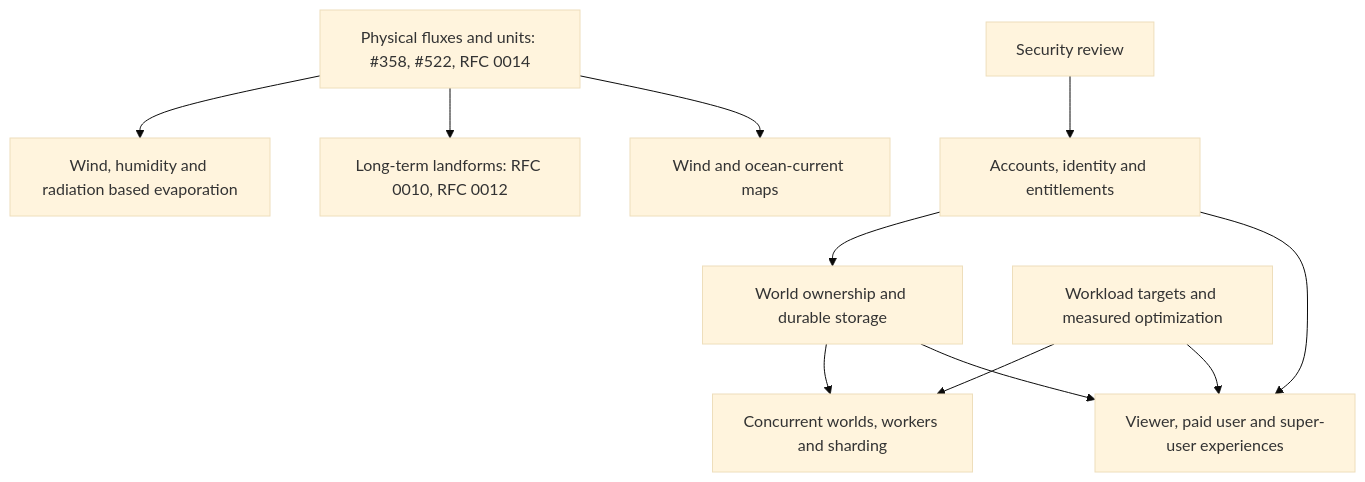
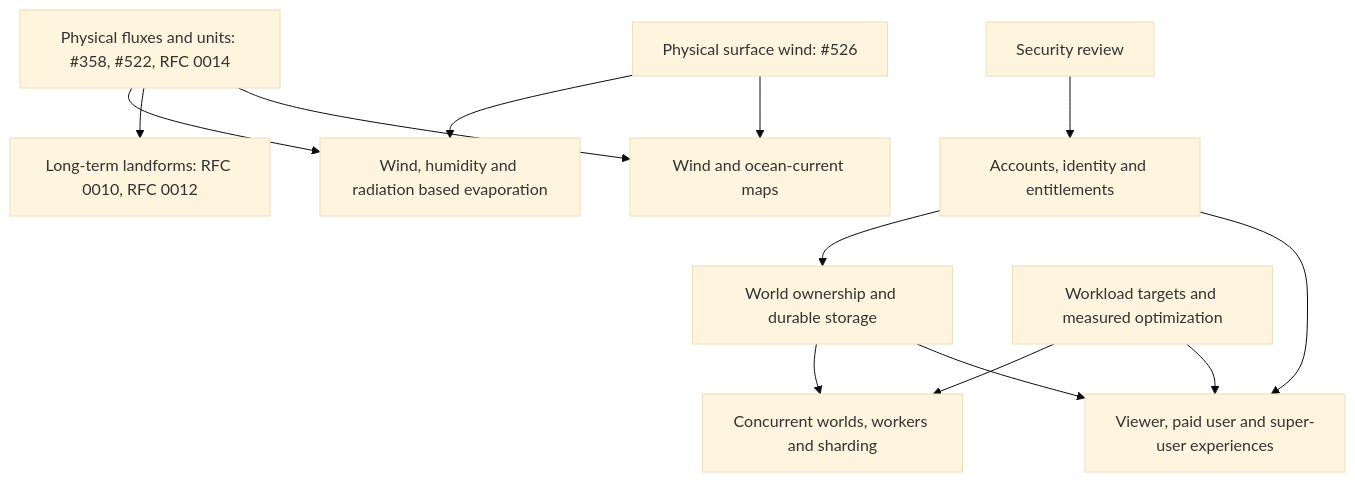
One commit to adubey/mantle-bloom changed the diagram in planning/launch-readiness.md. Above: the diagram before and after it, drawn with Mermaid (base theme). The commit also changed other lines of this file, not shown here.

Commit message:
Track physical wind speed in the launch-readiness plan

````diff
--- a/planning/launch-readiness.md
+++ b/planning/launch-readiness.md
@@ -71,24 +71,27 @@
 ```mermaid
 flowchart TD
   units[Physical fluxes and units: #358, #522, RFC 0014]
+  wind[Physical surface wind: #526]
   evaporation[Wind, humidity and radiation based evaporation]
   land[Long-term landforms: RFC 0010, RFC 0012]
   maps[Wind and ocean-current maps]
   security[Security review]
   accounts[Accounts, identity and entitlements]
   storage[World ownership and durable storage]
   scale[Concurrent worlds, workers and sharding]
   tiers[Viewer, paid user and super-user experiences]
   perf[Workload targets and measured optimization]
 
   units --> evaporation
+  wind --> evaporation
+  wind --> maps
   units --> land
   units --> maps
   security --> accounts
   accounts --> storage
   storage --> scale
   accounts --> tiers
   storage --> tiers
   perf --> scale
   perf --> tiers
 ```
````
